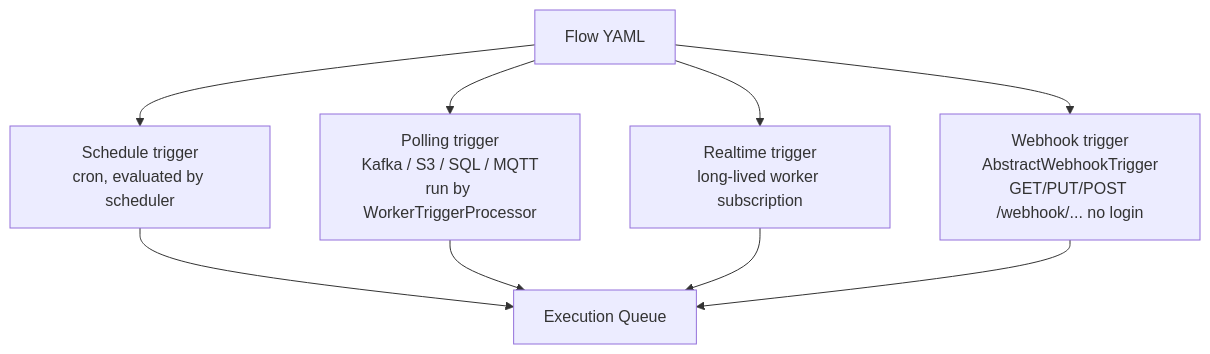
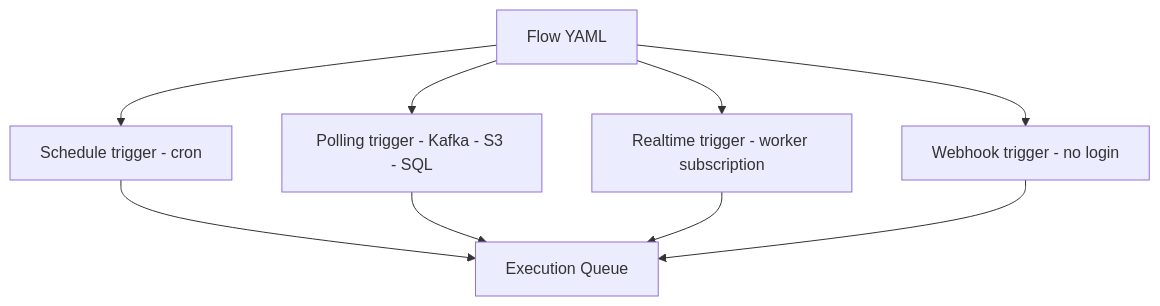
The third of 3 diagrams in kestra-explained/02-architecture.md (sagarkhandagre998/kestra), drawn with Mermaid before and after one commit. The commit also changed other lines of this file and 1 other file, not shown here.

````diff
--- a/kestra-explained/02-architecture.md
+++ b/kestra-explained/02-architecture.md
@@ -81,11 +81,11 @@
 ```mermaid
 flowchart TD
-  F[Flow YAML] --> S1[Schedule trigger<br/>cron, evaluated by scheduler]
-  F --> P1[Polling trigger<br/>Kafka / S3 / SQL / MQTT<br/>run by WorkerTriggerProcessor]
-  F --> R1[Realtime trigger<br/>long-lived worker subscription]
-  F --> W1[Webhook trigger<br/>AbstractWebhookTrigger<br/>GET/PUT/POST /webhook/... no login]
-  S1 --> Q[Execution Queue]
+  F["Flow YAML"] --> S1["Schedule trigger - cron"]
+  F --> P1["Polling trigger - Kafka - S3 - SQL"]
+  F --> R1["Realtime trigger - worker subscription"]
+  F --> W1["Webhook trigger - no login"]
+  S1 --> Q["Execution Queue"]
   P1 --> Q
   R1 --> Q
   W1 --> Q
 ```
````
